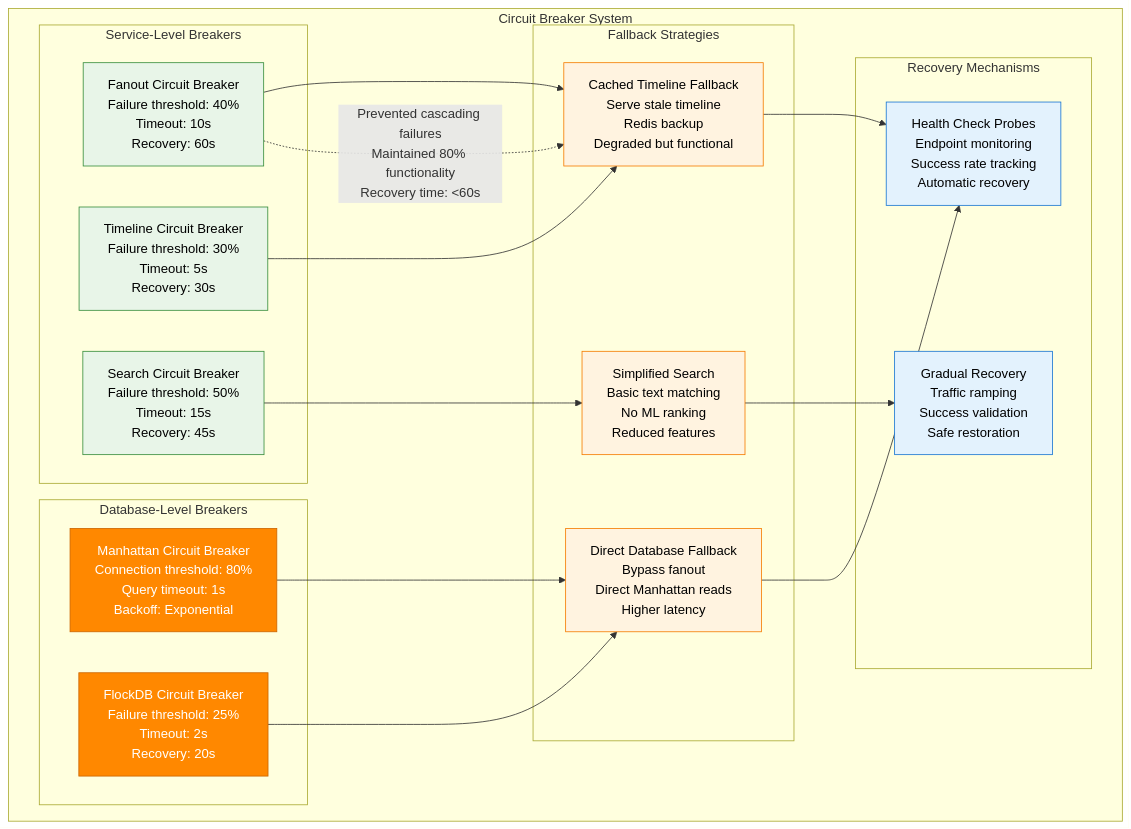
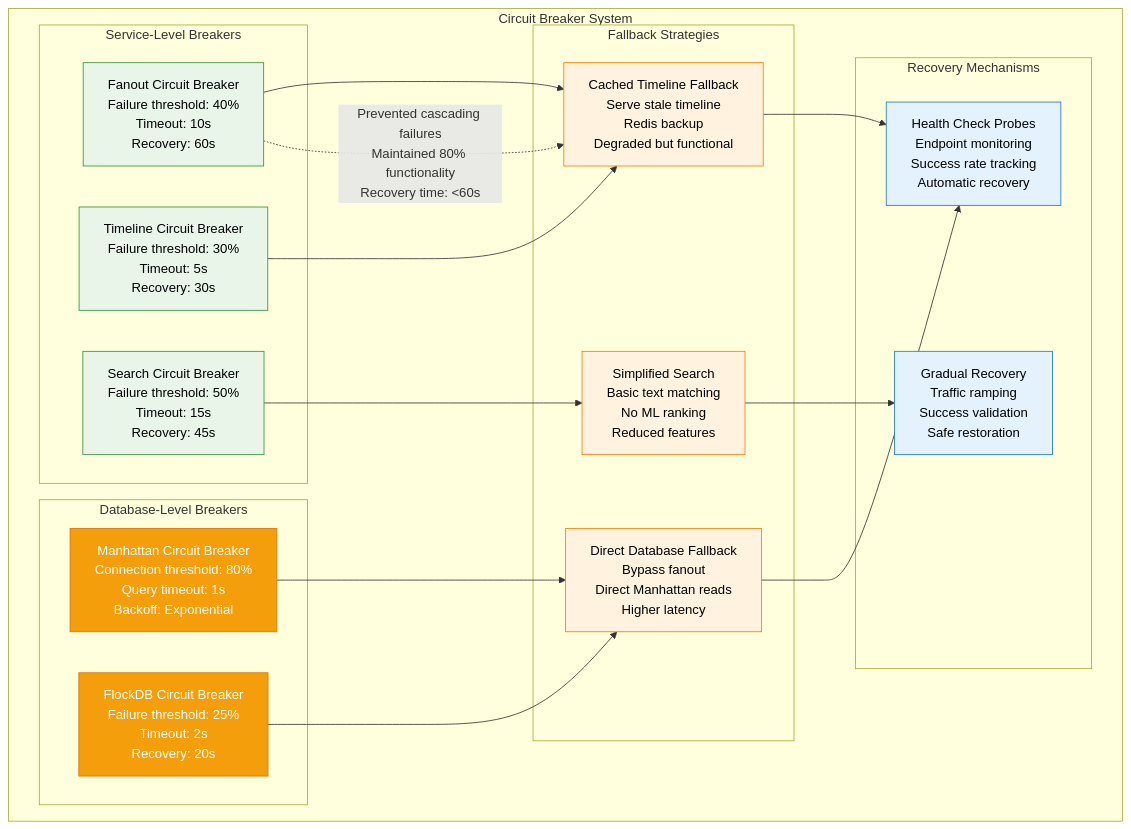
One commit to deepaucksharma/DS changed the sixth of 8 diagrams in site/docs/systems/twitter/failure-domains.md. Above: the diagram before and after it, drawn with Mermaid. The commit also changed other lines of this file and 303 other files, not shown here.

````diff
--- a/site/docs/systems/twitter/failure-domains.md
+++ b/site/docs/systems/twitter/failure-domains.md
@@ -263,49 +263,49 @@
 ```mermaid
 graph TB
     subgraph CircuitBreakerSystem[Circuit Breaker System]
         subgraph ServiceLevel[Service-Level Breakers]
             FANOUT_CB[Fanout Circuit Breaker<br/>Failure threshold: 40%<br/>Timeout: 10s<br/>Recovery: 60s]
             TIMELINE_CB[Timeline Circuit Breaker<br/>Failure threshold: 30%<br/>Timeout: 5s<br/>Recovery: 30s]
             SEARCH_CB[Search Circuit Breaker<br/>Failure threshold: 50%<br/>Timeout: 15s<br/>Recovery: 45s]
         end
 
         subgraph DatabaseLevel[Database-Level Breakers]
             MANHATTAN_CB[Manhattan Circuit Breaker<br/>Connection threshold: 80%<br/>Query timeout: 1s<br/>Backoff: Exponential]
             FLOCKDB_CB[FlockDB Circuit Breaker<br/>Failure threshold: 25%<br/>Timeout: 2s<br/>Recovery: 20s]
         end
 
         subgraph FallbackStrategies[Fallback Strategies]
             CACHED_TIMELINE[Cached Timeline Fallback<br/>Serve stale timeline<br/>Redis backup<br/>Degraded but functional]
             SIMPLIFIED_SEARCH[Simplified Search<br/>Basic text matching<br/>No ML ranking<br/>Reduced features]
             DIRECT_DB[Direct Database Fallback<br/>Bypass fanout<br/>Direct Manhattan reads<br/>Higher latency]
         end
 
         subgraph RecoveryMechanisms[Recovery Mechanisms]
             HEALTH_CHECKS[Health Check Probes<br/>Endpoint monitoring<br/>Success rate tracking<br/>Automatic recovery]
             GRADUAL_RECOVERY[Gradual Recovery<br/>Traffic ramping<br/>Success validation<br/>Safe restoration]
         end
     end
 
     FANOUT_CB --> CACHED_TIMELINE
     TIMELINE_CB --> CACHED_TIMELINE
     SEARCH_CB --> SIMPLIFIED_SEARCH
     MANHATTAN_CB --> DIRECT_DB
     FLOCKDB_CB --> DIRECT_DB
 
     CACHED_TIMELINE --> HEALTH_CHECKS
     SIMPLIFIED_SEARCH --> GRADUAL_RECOVERY
     DIRECT_DB --> HEALTH_CHECKS
 
     %% Circuit breaker effectiveness
     FANOUT_CB -.->|"Prevented cascading failures<br/>Maintained 80% functionality<br/>Recovery time: <60s"| CACHED_TIMELINE
 
     classDef serviceStyle fill:#E8F5E8,stroke:#388E3C,color:#000
-    classDef dbStyle fill:#FF8800,stroke:#CC6600,color:#fff
+    classDef dbStyle fill:#F59E0B,stroke:#D97706,color:#fff
     classDef fallbackStyle fill:#FFF3E0,stroke:#F57C00,color:#000
     classDef recoveryStyle fill:#E3F2FD,stroke:#1976D2,color:#000
 
     class FANOUT_CB,TIMELINE_CB,SEARCH_CB serviceStyle
     class MANHATTAN_CB,FLOCKDB_CB dbStyle
     class CACHED_TIMELINE,SIMPLIFIED_SEARCH,DIRECT_DB fallbackStyle
     class HEALTH_CHECKS,GRADUAL_RECOVERY recoveryStyle
 ```
````
